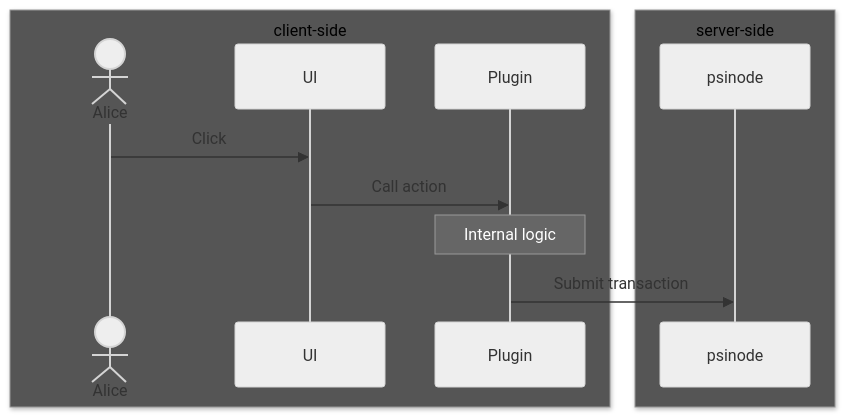
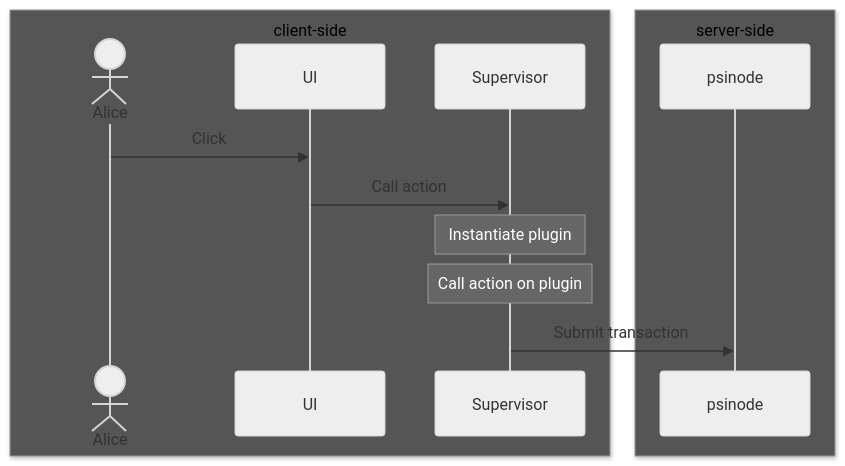
Before and after one commit to gofractally/psibase: the first of 2 diagrams in doc/psidk/src/specifications/app-architecture/plugins.md, drawn with Mermaid (neutral theme). The commit also changed other lines of this file and 6 other files, not shown here.

````diff
--- a/doc/psidk/src/specifications/app-architecture/plugins.md
+++ b/doc/psidk/src/specifications/app-architecture/plugins.md
@@ -5,19 +5,20 @@
 ```mermaid
 sequenceDiagram 
 
 box rgb(85,85,85) client-side
 actor Alice
 participant UI
-participant Plugin
+participant Supervisor
 end
 
 box rgb(85,85,85) server-side
 participant psinode
 end
 
 Alice->>UI: Click
-UI->>Plugin: Call action
-note over Plugin: Internal logic
-Plugin->>psinode: Submit transaction
+UI->>Supervisor: Call action
+note over Supervisor: Instantiate plugin
+note over Supervisor: Call action on plugin
+Supervisor->>psinode: Submit transaction
 
 ```
````
